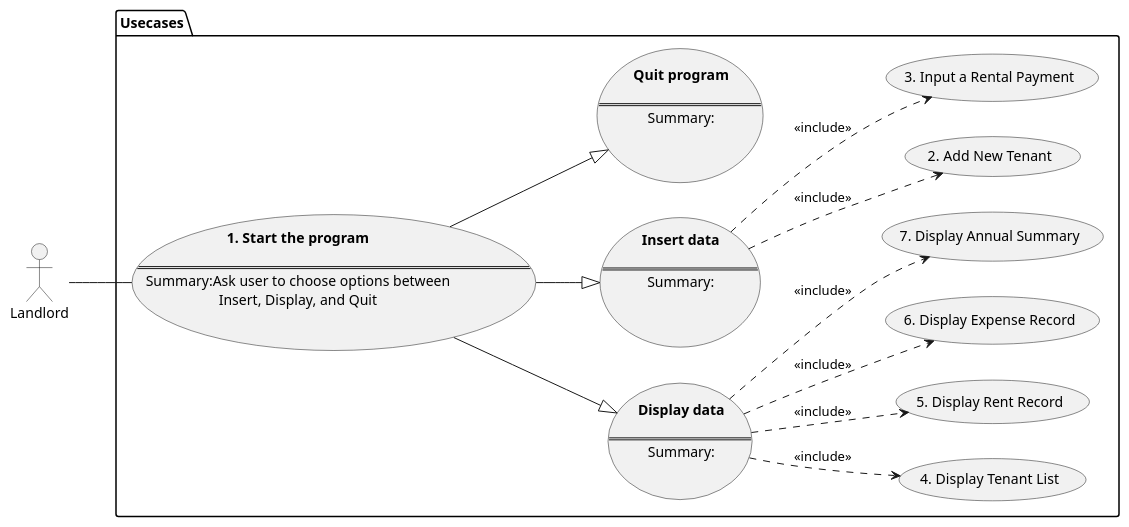
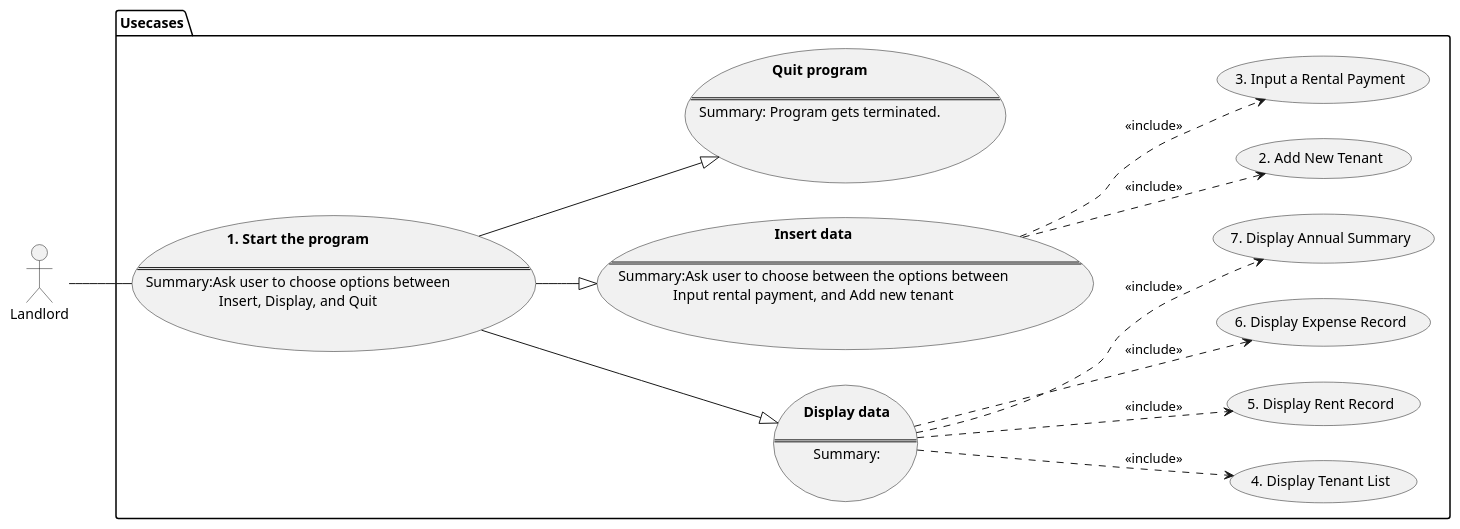
Before and after one commit to ben9543/CECS-343-Capstone-Project: the diagram in activity2/usecase.puml, drawn with PlantUML.

```diff
--- a/activity2/usecase.puml
+++ b/activity2/usecase.puml
@@ -1,58 +1,57 @@
 @startuml ben
 left to right direction
 actor Landlord as L
 package "Usecases" {
 
     usecase Start as "**1. Start the program**\n
     ==
     Summary:Ask user to choose options between\nInsert, Display, and Quit\n"
 
     usecase Display as "**Display data**\n
     ==
     Summary:\n
     "
 
     (4. Display Tenant List) as DTL
     (5. Display Rent Record) as DRR
     (6. Display Expense Record) as DER
     (7. Display Annual Summary) as DAS
     
     Display ..>(DTL): "<<include>>"
     Display ..>(DRR): "<<include>>"
     Display ..>(DER): "<<include>>"
     Display ..>(DAS): "<<include>>"
 
     /'
     DER ..> (Month Date): "<<include>>"
     DER ..> (Budget Category): "<<include>>"
     DER ..> (Payee): "<<include>>"
     DER ..> (Amount): "<<include>>"
     DAS ..> (Display Table): "<<include>>"
     DAS ..> (Display budget): "<<include>>"
     DAS ..> (Display balance): "<<include>>"
     '/
 
     usecase InsertData as "**Insert data**\n
     ==
-    Summary:\n
-
+    Summary:Ask user to choose between the options between\nInput rental payment, and Add new tenant\n
     "
     (2. Add New Tenant) as ANT
     (3. Input a Rental Payment) as IRP
     InsertData ..> ANT: "<<include>>"
     InsertData ..> IRP: "<<include>>"
 
     usecase Quit as "**Quit program**\n
     ==
-    Summary:\n
+    Summary: Program gets terminated.\n
 
     "
 }
 
 L -- Start
 
 Start --|> Display
 Start --|> InsertData
 Start --|> Quit
 
 @enduml
```
